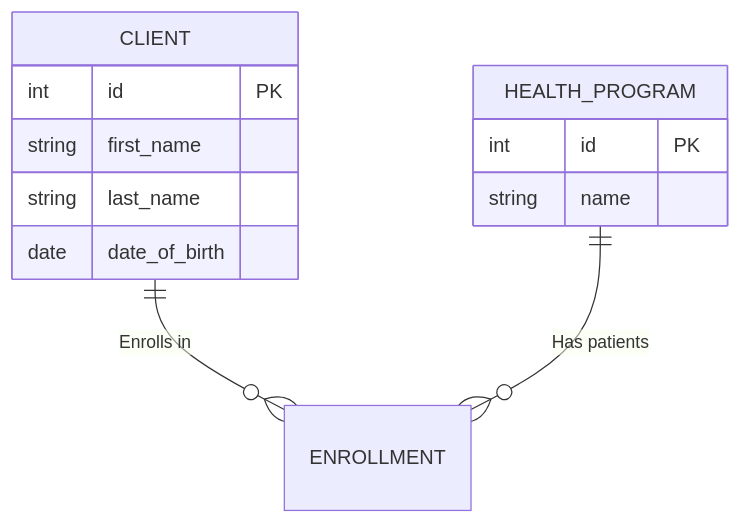
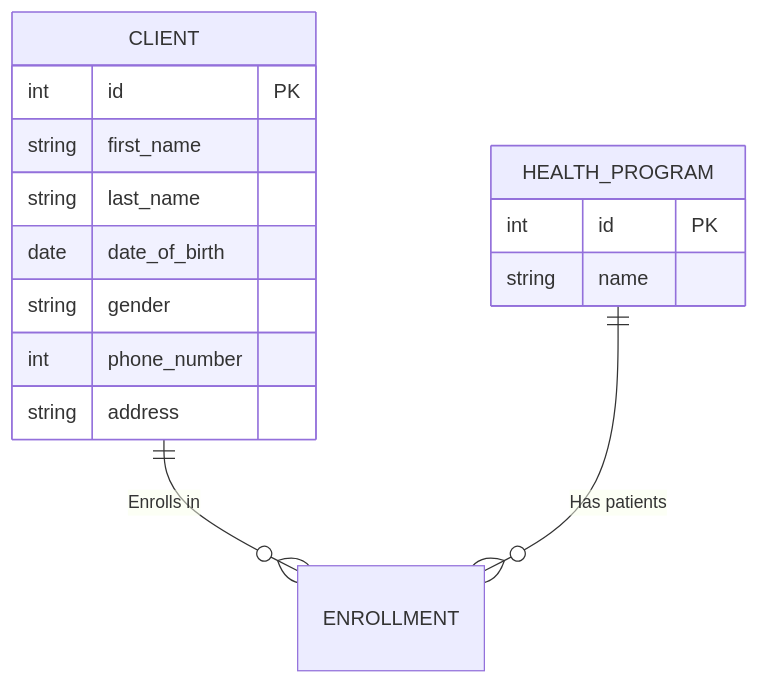
The diagram in README.md (Hillcrest01/health-information-system), drawn with Mermaid before and after one commit. The commit also changed other lines of this file, not shown here.

````diff
--- a/README.md
+++ b/README.md
@@ -58,15 +58,18 @@
 ```mermaid
 erDiagram
     CLIENT ||--o{ ENROLLMENT : "Enrolls in"
     CLIENT {
         int id PK
         string first_name
         string last_name
         date date_of_birth
+        string gender
+        int phone_number
+        string address
     }
     HEALTH_PROGRAM ||--o{ ENROLLMENT : "Has patients"
     HEALTH_PROGRAM {
         int id PK
         string name
     }
 ```
````
